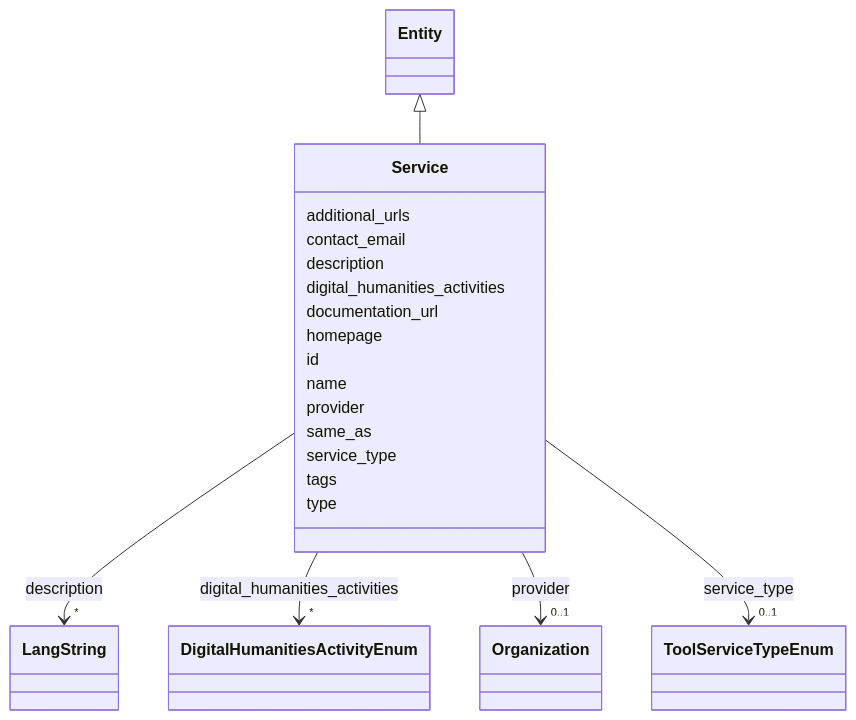
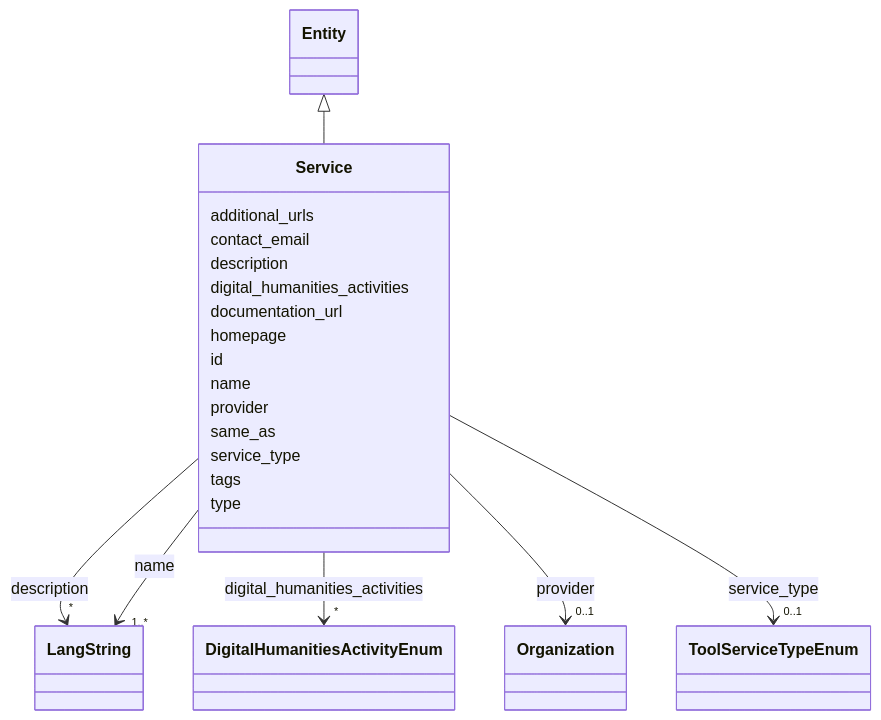
Before and after one commit to DARIAH-IL/idhi-manifests: the diagram in docs/classes/Service.md, drawn with Mermaid. The commit also changed other lines of this file and 20 other files, not shown here.

```diff
--- a/docs/classes/Service.md
+++ b/docs/classes/Service.md
@@ -66,6 +66,17 @@
         
       Service : name
         
+          
+    
+        
+        
+        Service --> "1..*" LangString : name
+        
+        click LangString href "../../classes/LangString/"
+        
+    
+
+        
       Service : provider
         
           
```
